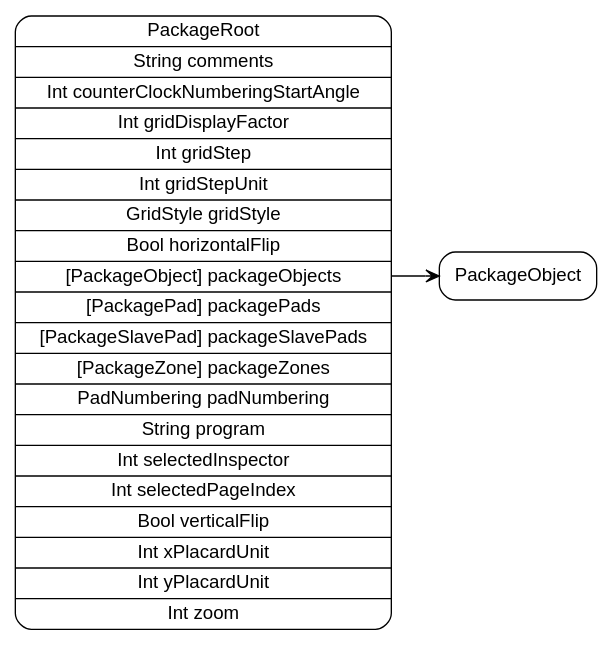
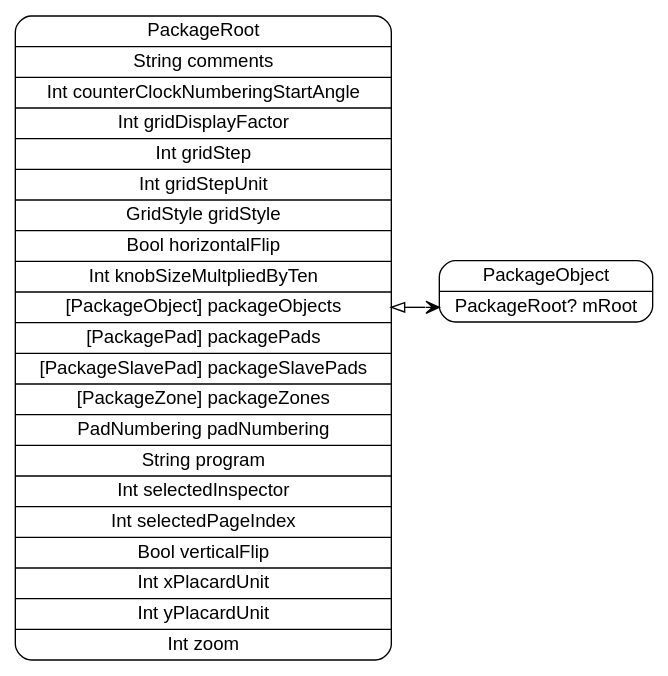
The diagram in models/PackageRoot.dot (pierremolinaro/ElCanari-dev), drawn with Graphviz before and after one commit. The commit also changed 33 other files, not shown here.

Commit message:
Package: adjustable knob size

```diff
--- a/models/PackageRoot.dot
+++ b/models/PackageRoot.dot
@@ -1,7 +1,7 @@
 digraph G {
   rankdir=LR ;
   node [shape=record fontname=helvetica style=rounded] ;
-  PackageRoot[label="<PackageRoot>PackageRoot|String comments|Int counterClockNumberingStartAngle|Int gridDisplayFactor|Int gridStep|Int gridStepUnit|GridStyle gridStyle|Bool horizontalFlip|<packageObjects>[PackageObject] packageObjects|<packagePads>[PackagePad] packagePads|<packageSlavePads>[PackageSlavePad] packageSlavePads|<packageZones>[PackageZone] packageZones|PadNumbering padNumbering|String program|Int selectedInspector|Int selectedPageIndex|Bool verticalFlip|Int xPlacardUnit|Int yPlacardUnit|Int zoom"] ;
-  PackageObject[label="<PackageObject>PackageObject"] ;
-  PackageRoot:packageObjects -> PackageObject:PackageObject [dir=both arrowtail=none arrowhead=vee] ;
+  PackageRoot[label="<PackageRoot>PackageRoot|String comments|Int counterClockNumberingStartAngle|Int gridDisplayFactor|Int gridStep|Int gridStepUnit|GridStyle gridStyle|Bool horizontalFlip|Int knobSizeMultpliedByTen|<packageObjects>[PackageObject] packageObjects|<packagePads>[PackagePad] packagePads|<packageSlavePads>[PackageSlavePad] packageSlavePads|<packageZones>[PackageZone] packageZones|PadNumbering padNumbering|String program|Int selectedInspector|Int selectedPageIndex|Bool verticalFlip|Int xPlacardUnit|Int yPlacardUnit|Int zoom"] ;
+  PackageObject[label="<PackageObject>PackageObject|<mRoot>PackageRoot? mRoot"] ;
+  PackageRoot:packageObjects -> PackageObject:mRoot [dir=both arrowtail=onormal arrowhead=vee] ;
 }
```
